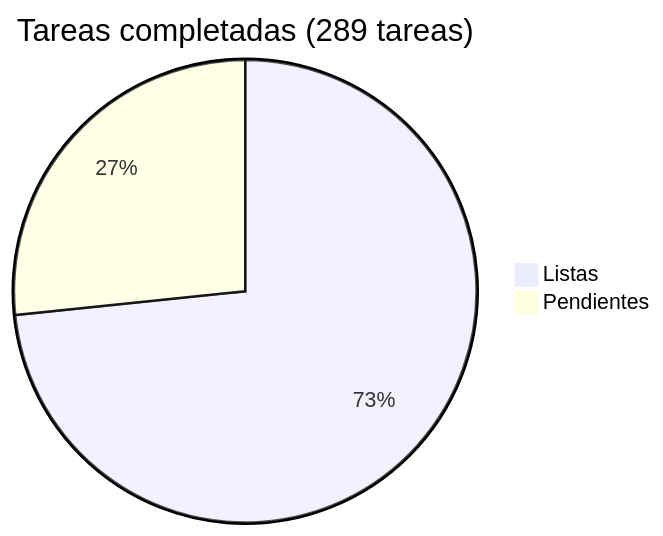
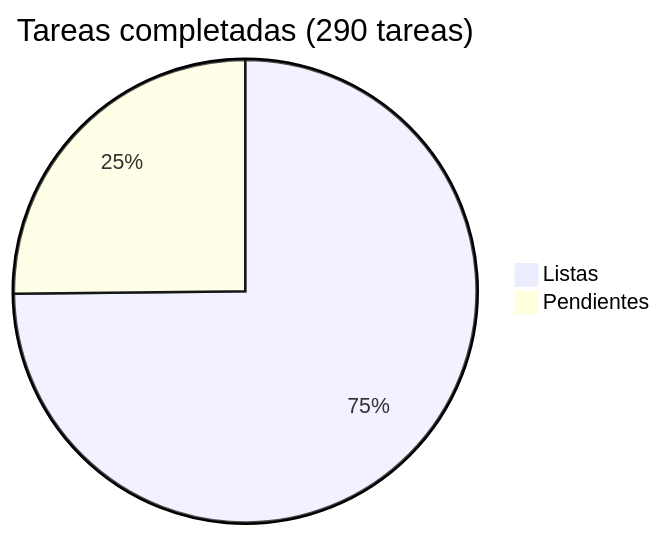
The diagram in docs/roadmap/README.md (araguaney-lat/araguaney), drawn with Mermaid before and after one commit. The commit also changed other lines of this file and 16 other files, not shown here.

````diff
--- a/docs/roadmap/README.md
+++ b/docs/roadmap/README.md
@@ -5,5 +5,5 @@
 ```mermaid
-pie title Tareas completadas (289 tareas)
-    "Listas" : 212
-    "Pendientes" : 77
+pie title Tareas completadas (290 tareas)
+    "Listas" : 217
+    "Pendientes" : 73
 ```
````
